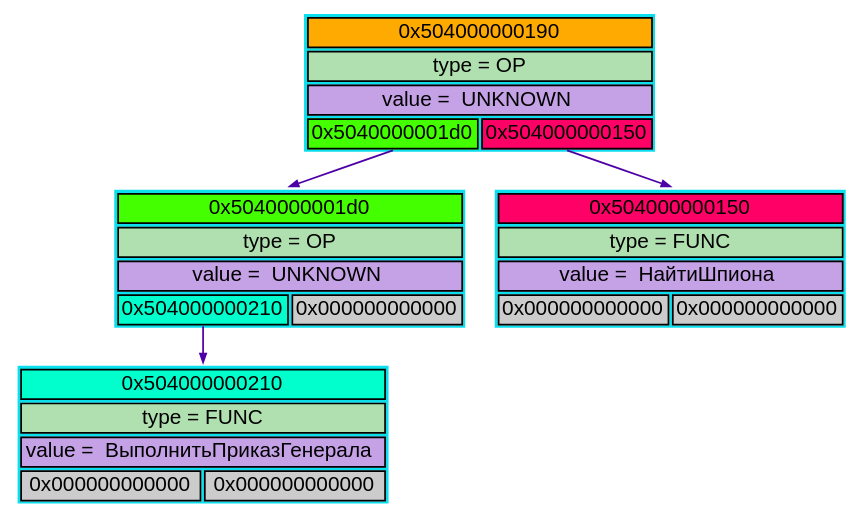
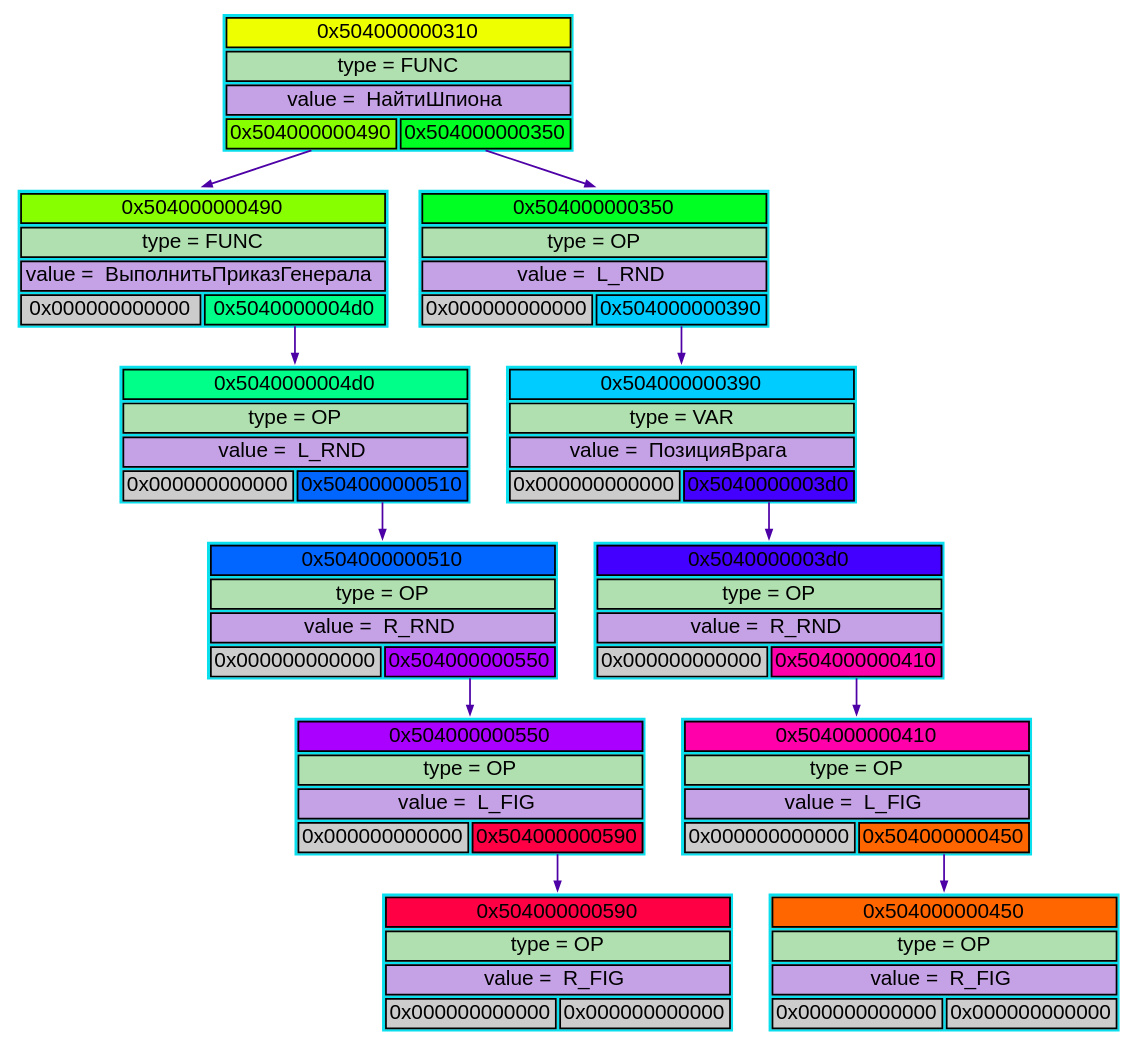
One commit to kovalevm2207/Army-Language changed the diagram in TreeMemStruct/svg_dot/dump.dot. Above: the diagram before and after it, drawn with Graphviz. The commit also changed 13 other files, not shown here.

```diff
--- a/TreeMemStruct/svg_dot/dump.dot
+++ b/TreeMemStruct/svg_dot/dump.dot
@@ -1,42 +1,105 @@
 digraph DUMP
 {
     rankdir=TB;
     splines=false;
     node[fontname="Arial",fontsize=24,];
     edge [style="bold", arrowhead="normal", splines=line, dir=normal]
     node0 [shape=plaintext, label=<
         <TABLE BORDER="0" CELLBORDER="2" CELLSPACING="3" CELLPADDING="3" BGCOLOR="#0bdfeeff" FIXEDSIZE="FALSE" ALIGN="CENTER" VALIGN="MIDDLE" SIDES="LRTB" >
-            <TR><TD PORT="p" BGCOLOR="#ffaa00" COLSPAN="2" COLOR="#000000">0x504000000190</TD></TR>
-            <TR><TD PORT="t" BGCOLOR="#B0E0B0ff" COLSPAN="2" COLOR="#000000ff">type = OP</TD></TR>
-            <TR><TD PORT="v" BGCOLOR="#c5a1e6ff" COLSPAN="2" COLOR="#000000">value =  UNKNOWN </TD></TR>
-            <TR><TD PORT="l" COLSPAN="1" ALIGN="CENTER" COLOR="#000000" BGCOLOR="#44ff00">0x5040000001d0</TD><TD PORT="r" COLSPAN="1" ALIGN="CENTER" COLOR="#000000" BGCOLOR="#ff0066">0x504000000150</TD></TR>
+            <TR><TD PORT="p" BGCOLOR="#eeff00" COLSPAN="2" COLOR="#000000">0x504000000310</TD></TR>
+            <TR><TD PORT="t" BGCOLOR="#B0E0B0ff" COLSPAN="2" COLOR="#000000ff">type = FUNC</TD></TR>
+            <TR><TD PORT="v" BGCOLOR="#c5a1e6ff" COLSPAN="2" COLOR="#000000">value =  НайтиШпиона </TD></TR>
+            <TR><TD PORT="l" COLSPAN="1" ALIGN="CENTER" COLOR="#000000" BGCOLOR="#88ff00">0x504000000490</TD><TD PORT="r" COLSPAN="1" ALIGN="CENTER" COLOR="#000000" BGCOLOR="#00ff22">0x504000000350</TD></TR>
         </TABLE>
     >];
     node1 [shape=plaintext, label=<
         <TABLE BORDER="0" CELLBORDER="2" CELLSPACING="3" CELLPADDING="3" BGCOLOR="#0bdfeeff" FIXEDSIZE="FALSE" ALIGN="CENTER" VALIGN="MIDDLE" SIDES="LRTB" >
-            <TR><TD PORT="p" BGCOLOR="#44ff00" COLSPAN="2" COLOR="#000000">0x5040000001d0</TD></TR>
-            <TR><TD PORT="t" BGCOLOR="#B0E0B0ff" COLSPAN="2" COLOR="#000000ff">type = OP</TD></TR>
-            <TR><TD PORT="v" BGCOLOR="#c5a1e6ff" COLSPAN="2" COLOR="#000000">value =  UNKNOWN </TD></TR>
-            <TR><TD PORT="l" COLSPAN="1" ALIGN="CENTER" COLOR="#000000" BGCOLOR="#00ffcc">0x504000000210</TD><TD PORT="r" COLSPAN="1" ALIGN="CENTER" COLOR="#000000" BGCOLOR="#cccccc">0x000000000000</TD></TR>
+            <TR><TD PORT="p" BGCOLOR="#88ff00" COLSPAN="2" COLOR="#000000">0x504000000490</TD></TR>
+            <TR><TD PORT="t" BGCOLOR="#B0E0B0ff" COLSPAN="2" COLOR="#000000ff">type = FUNC</TD></TR>
+            <TR><TD PORT="v" BGCOLOR="#c5a1e6ff" COLSPAN="2" COLOR="#000000">value =  ВыполнитьПриказГенерала </TD></TR>
+            <TR><TD PORT="l" COLSPAN="1" ALIGN="CENTER" COLOR="#000000" BGCOLOR="#cccccc">0x000000000000</TD><TD PORT="r" COLSPAN="1" ALIGN="CENTER" COLOR="#000000" BGCOLOR="#00ff88">0x5040000004d0</TD></TR>
         </TABLE>
     >];
     node2 [shape=plaintext, label=<
         <TABLE BORDER="0" CELLBORDER="2" CELLSPACING="3" CELLPADDING="3" BGCOLOR="#0bdfeeff" FIXEDSIZE="FALSE" ALIGN="CENTER" VALIGN="MIDDLE" SIDES="LRTB" >
-            <TR><TD PORT="p" BGCOLOR="#00ffcc" COLSPAN="2" COLOR="#000000">0x504000000210</TD></TR>
-            <TR><TD PORT="t" BGCOLOR="#B0E0B0ff" COLSPAN="2" COLOR="#000000ff">type = FUNC</TD></TR>
-            <TR><TD PORT="v" BGCOLOR="#c5a1e6ff" COLSPAN="2" COLOR="#000000">value =  ВыполнитьПриказГенерала </TD></TR>
-            <TR><TD PORT="l" COLSPAN="1" ALIGN="CENTER" COLOR="#000000" BGCOLOR="#cccccc">0x000000000000</TD><TD PORT="r" COLSPAN="1" ALIGN="CENTER" COLOR="#000000" BGCOLOR="#cccccc">0x000000000000</TD></TR>
+            <TR><TD PORT="p" BGCOLOR="#00ff88" COLSPAN="2" COLOR="#000000">0x5040000004d0</TD></TR>
+            <TR><TD PORT="t" BGCOLOR="#B0E0B0ff" COLSPAN="2" COLOR="#000000ff">type = OP</TD></TR>
+            <TR><TD PORT="v" BGCOLOR="#c5a1e6ff" COLSPAN="2" COLOR="#000000">value =  L_RND </TD></TR>
+            <TR><TD PORT="l" COLSPAN="1" ALIGN="CENTER" COLOR="#000000" BGCOLOR="#cccccc">0x000000000000</TD><TD PORT="r" COLSPAN="1" ALIGN="CENTER" COLOR="#000000" BGCOLOR="#0066ff">0x504000000510</TD></TR>
         </TABLE>
     >];
     node3 [shape=plaintext, label=<
         <TABLE BORDER="0" CELLBORDER="2" CELLSPACING="3" CELLPADDING="3" BGCOLOR="#0bdfeeff" FIXEDSIZE="FALSE" ALIGN="CENTER" VALIGN="MIDDLE" SIDES="LRTB" >
-            <TR><TD PORT="p" BGCOLOR="#ff0066" COLSPAN="2" COLOR="#000000">0x504000000150</TD></TR>
-            <TR><TD PORT="t" BGCOLOR="#B0E0B0ff" COLSPAN="2" COLOR="#000000ff">type = FUNC</TD></TR>
-            <TR><TD PORT="v" BGCOLOR="#c5a1e6ff" COLSPAN="2" COLOR="#000000">value =  НайтиШпиона </TD></TR>
+            <TR><TD PORT="p" BGCOLOR="#0066ff" COLSPAN="2" COLOR="#000000">0x504000000510</TD></TR>
+            <TR><TD PORT="t" BGCOLOR="#B0E0B0ff" COLSPAN="2" COLOR="#000000ff">type = OP</TD></TR>
+            <TR><TD PORT="v" BGCOLOR="#c5a1e6ff" COLSPAN="2" COLOR="#000000">value =  R_RND </TD></TR>
+            <TR><TD PORT="l" COLSPAN="1" ALIGN="CENTER" COLOR="#000000" BGCOLOR="#cccccc">0x000000000000</TD><TD PORT="r" COLSPAN="1" ALIGN="CENTER" COLOR="#000000" BGCOLOR="#aa00ff">0x504000000550</TD></TR>
+        </TABLE>
+    >];
+    node4 [shape=plaintext, label=<
+        <TABLE BORDER="0" CELLBORDER="2" CELLSPACING="3" CELLPADDING="3" BGCOLOR="#0bdfeeff" FIXEDSIZE="FALSE" ALIGN="CENTER" VALIGN="MIDDLE" SIDES="LRTB" >
+            <TR><TD PORT="p" BGCOLOR="#aa00ff" COLSPAN="2" COLOR="#000000">0x504000000550</TD></TR>
+            <TR><TD PORT="t" BGCOLOR="#B0E0B0ff" COLSPAN="2" COLOR="#000000ff">type = OP</TD></TR>
+            <TR><TD PORT="v" BGCOLOR="#c5a1e6ff" COLSPAN="2" COLOR="#000000">value =  L_FIG </TD></TR>
+            <TR><TD PORT="l" COLSPAN="1" ALIGN="CENTER" COLOR="#000000" BGCOLOR="#cccccc">0x000000000000</TD><TD PORT="r" COLSPAN="1" ALIGN="CENTER" COLOR="#000000" BGCOLOR="#ff0044">0x504000000590</TD></TR>
+        </TABLE>
+    >];
+    node5 [shape=plaintext, label=<
+        <TABLE BORDER="0" CELLBORDER="2" CELLSPACING="3" CELLPADDING="3" BGCOLOR="#0bdfeeff" FIXEDSIZE="FALSE" ALIGN="CENTER" VALIGN="MIDDLE" SIDES="LRTB" >
+            <TR><TD PORT="p" BGCOLOR="#ff0044" COLSPAN="2" COLOR="#000000">0x504000000590</TD></TR>
+            <TR><TD PORT="t" BGCOLOR="#B0E0B0ff" COLSPAN="2" COLOR="#000000ff">type = OP</TD></TR>
+            <TR><TD PORT="v" BGCOLOR="#c5a1e6ff" COLSPAN="2" COLOR="#000000">value =  R_FIG </TD></TR>
+            <TR><TD PORT="l" COLSPAN="1" ALIGN="CENTER" COLOR="#000000" BGCOLOR="#cccccc">0x000000000000</TD><TD PORT="r" COLSPAN="1" ALIGN="CENTER" COLOR="#000000" BGCOLOR="#cccccc">0x000000000000</TD></TR>
+        </TABLE>
+    >];
+    node6 [shape=plaintext, label=<
+        <TABLE BORDER="0" CELLBORDER="2" CELLSPACING="3" CELLPADDING="3" BGCOLOR="#0bdfeeff" FIXEDSIZE="FALSE" ALIGN="CENTER" VALIGN="MIDDLE" SIDES="LRTB" >
+            <TR><TD PORT="p" BGCOLOR="#00ff22" COLSPAN="2" COLOR="#000000">0x504000000350</TD></TR>
+            <TR><TD PORT="t" BGCOLOR="#B0E0B0ff" COLSPAN="2" COLOR="#000000ff">type = OP</TD></TR>
+            <TR><TD PORT="v" BGCOLOR="#c5a1e6ff" COLSPAN="2" COLOR="#000000">value =  L_RND </TD></TR>
+            <TR><TD PORT="l" COLSPAN="1" ALIGN="CENTER" COLOR="#000000" BGCOLOR="#cccccc">0x000000000000</TD><TD PORT="r" COLSPAN="1" ALIGN="CENTER" COLOR="#000000" BGCOLOR="#00ccff">0x504000000390</TD></TR>
+        </TABLE>
+    >];
+    node7 [shape=plaintext, label=<
+        <TABLE BORDER="0" CELLBORDER="2" CELLSPACING="3" CELLPADDING="3" BGCOLOR="#0bdfeeff" FIXEDSIZE="FALSE" ALIGN="CENTER" VALIGN="MIDDLE" SIDES="LRTB" >
+            <TR><TD PORT="p" BGCOLOR="#00ccff" COLSPAN="2" COLOR="#000000">0x504000000390</TD></TR>
+            <TR><TD PORT="t" BGCOLOR="#B0E0B0ff" COLSPAN="2" COLOR="#000000ff">type = VAR</TD></TR>
+            <TR><TD PORT="v" BGCOLOR="#c5a1e6ff" COLSPAN="2" COLOR="#000000">value =  ПозицияВрага </TD></TR>
+            <TR><TD PORT="l" COLSPAN="1" ALIGN="CENTER" COLOR="#000000" BGCOLOR="#cccccc">0x000000000000</TD><TD PORT="r" COLSPAN="1" ALIGN="CENTER" COLOR="#000000" BGCOLOR="#4400ff">0x5040000003d0</TD></TR>
+        </TABLE>
+    >];
+    node8 [shape=plaintext, label=<
+        <TABLE BORDER="0" CELLBORDER="2" CELLSPACING="3" CELLPADDING="3" BGCOLOR="#0bdfeeff" FIXEDSIZE="FALSE" ALIGN="CENTER" VALIGN="MIDDLE" SIDES="LRTB" >
+            <TR><TD PORT="p" BGCOLOR="#4400ff" COLSPAN="2" COLOR="#000000">0x5040000003d0</TD></TR>
+            <TR><TD PORT="t" BGCOLOR="#B0E0B0ff" COLSPAN="2" COLOR="#000000ff">type = OP</TD></TR>
+            <TR><TD PORT="v" BGCOLOR="#c5a1e6ff" COLSPAN="2" COLOR="#000000">value =  R_RND </TD></TR>
+            <TR><TD PORT="l" COLSPAN="1" ALIGN="CENTER" COLOR="#000000" BGCOLOR="#cccccc">0x000000000000</TD><TD PORT="r" COLSPAN="1" ALIGN="CENTER" COLOR="#000000" BGCOLOR="#ff00aa">0x504000000410</TD></TR>
+        </TABLE>
+    >];
+    node9 [shape=plaintext, label=<
+        <TABLE BORDER="0" CELLBORDER="2" CELLSPACING="3" CELLPADDING="3" BGCOLOR="#0bdfeeff" FIXEDSIZE="FALSE" ALIGN="CENTER" VALIGN="MIDDLE" SIDES="LRTB" >
+            <TR><TD PORT="p" BGCOLOR="#ff00aa" COLSPAN="2" COLOR="#000000">0x504000000410</TD></TR>
+            <TR><TD PORT="t" BGCOLOR="#B0E0B0ff" COLSPAN="2" COLOR="#000000ff">type = OP</TD></TR>
+            <TR><TD PORT="v" BGCOLOR="#c5a1e6ff" COLSPAN="2" COLOR="#000000">value =  L_FIG </TD></TR>
+            <TR><TD PORT="l" COLSPAN="1" ALIGN="CENTER" COLOR="#000000" BGCOLOR="#cccccc">0x000000000000</TD><TD PORT="r" COLSPAN="1" ALIGN="CENTER" COLOR="#000000" BGCOLOR="#ff6600">0x504000000450</TD></TR>
+        </TABLE>
+    >];
+    node10 [shape=plaintext, label=<
+        <TABLE BORDER="0" CELLBORDER="2" CELLSPACING="3" CELLPADDING="3" BGCOLOR="#0bdfeeff" FIXEDSIZE="FALSE" ALIGN="CENTER" VALIGN="MIDDLE" SIDES="LRTB" >
+            <TR><TD PORT="p" BGCOLOR="#ff6600" COLSPAN="2" COLOR="#000000">0x504000000450</TD></TR>
+            <TR><TD PORT="t" BGCOLOR="#B0E0B0ff" COLSPAN="2" COLOR="#000000ff">type = OP</TD></TR>
+            <TR><TD PORT="v" BGCOLOR="#c5a1e6ff" COLSPAN="2" COLOR="#000000">value =  R_FIG </TD></TR>
             <TR><TD PORT="l" COLSPAN="1" ALIGN="CENTER" COLOR="#000000" BGCOLOR="#cccccc">0x000000000000</TD><TD PORT="r" COLSPAN="1" ALIGN="CENTER" COLOR="#000000" BGCOLOR="#cccccc">0x000000000000</TD></TR>
         </TABLE>
     >];
     node0:<l>:s -> node1:n [dir=normal, color="#4d00a6ff"];
-    node1:<l>:s -> node2:n [dir=normal, color="#4d00a6ff"];
-    node0:<r>:s -> node3:n [dir=normal, color="#4d00a6ff"];
+    node1:<r>:s -> node2:n [dir=normal, color="#4d00a6ff"];
+    node2:<r>:s -> node3:n [dir=normal, color="#4d00a6ff"];
+    node3:<r>:s -> node4:n [dir=normal, color="#4d00a6ff"];
+    node4:<r>:s -> node5:n [dir=normal, color="#4d00a6ff"];
+    node0:<r>:s -> node6:n [dir=normal, color="#4d00a6ff"];
+    node6:<r>:s -> node7:n [dir=normal, color="#4d00a6ff"];
+    node7:<r>:s -> node8:n [dir=normal, color="#4d00a6ff"];
+    node8:<r>:s -> node9:n [dir=normal, color="#4d00a6ff"];
+    node9:<r>:s -> node10:n [dir=normal, color="#4d00a6ff"];
 }
```
